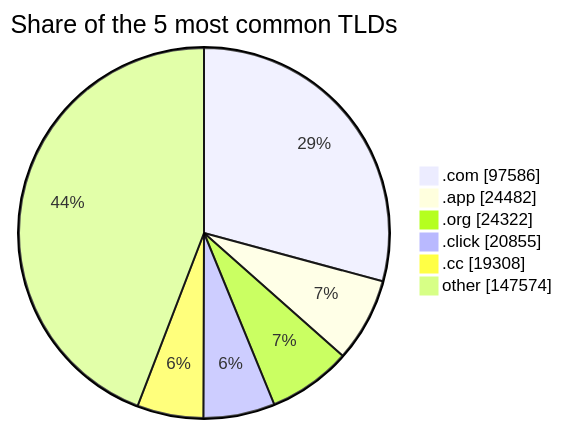
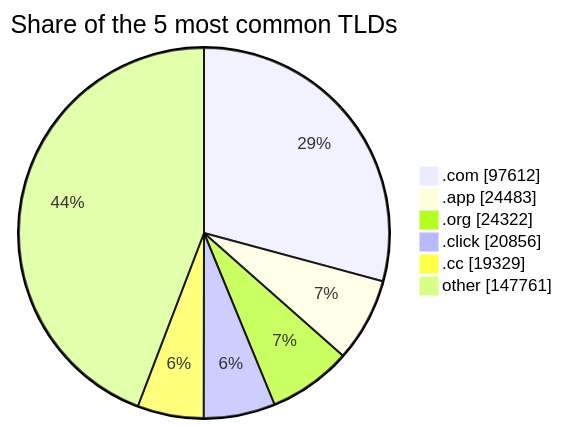
One commit to DNSBunker/CTI changed the third of 3 diagrams in README.md. Above: the diagram before and after it, drawn with Mermaid. The commit also changed other lines of this file and 4 other files, not shown here.

````diff
--- a/README.md
+++ b/README.md
@@ -81,9 +81,9 @@
 ```mermaid
 pie showData title Share of the 5 most common TLDs
-    ".com" : 97586
-    ".app" : 24482
+    ".com" : 97612
+    ".app" : 24483
     ".org" : 24322
-    ".click" : 20855
-    ".cc" : 19308
-    "other" : 147574
+    ".click" : 20856
+    ".cc" : 19329
+    "other" : 147761
 ```
````
